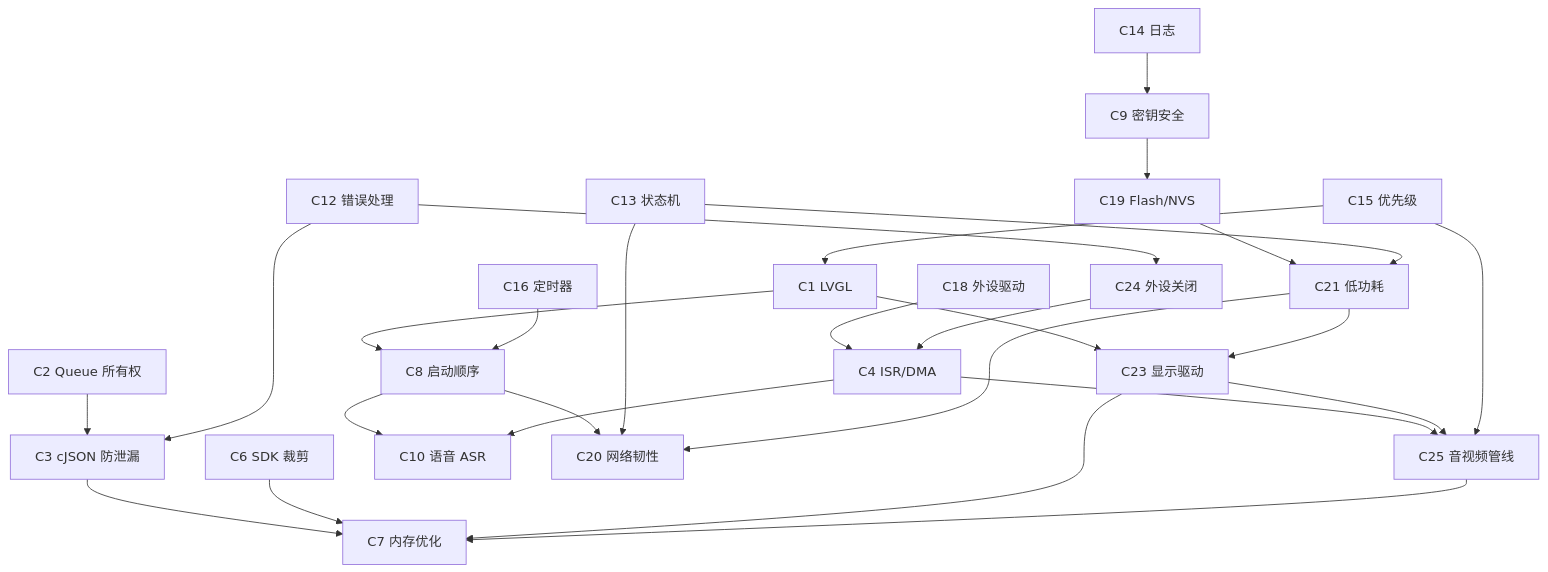
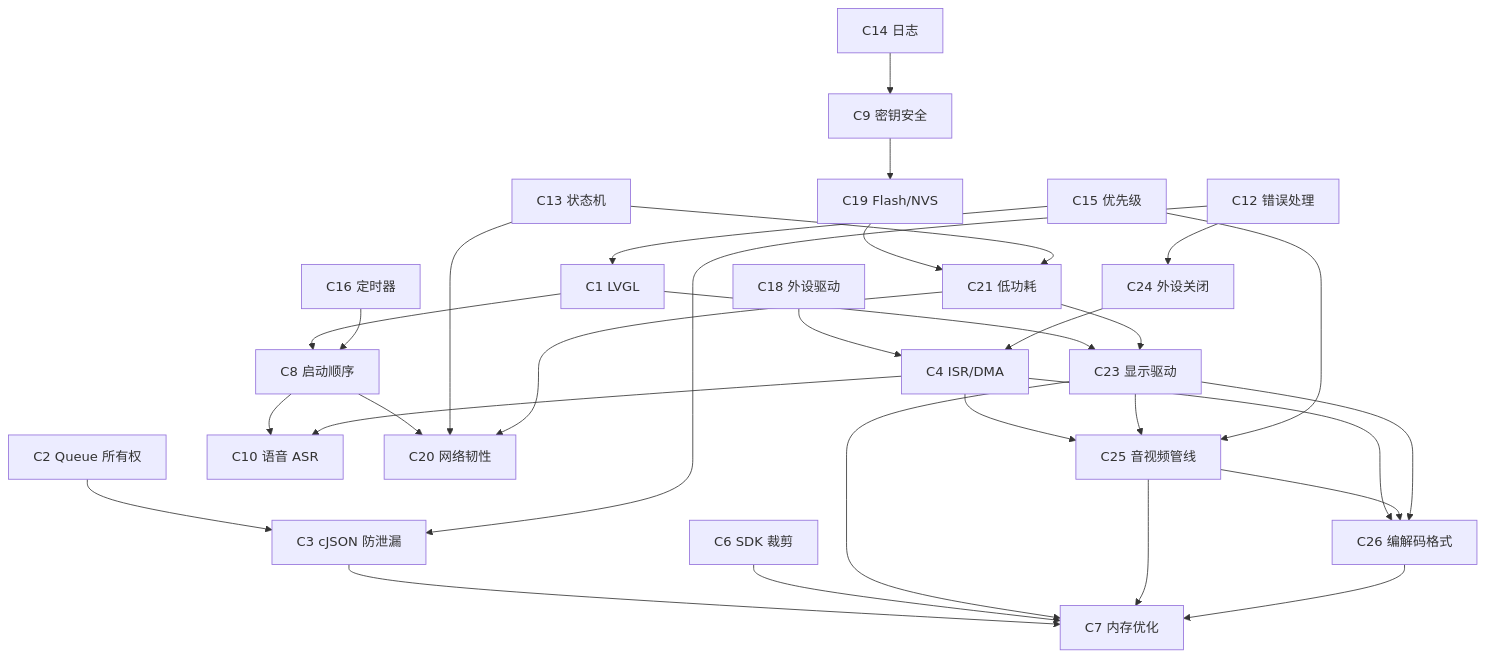
One commit to xuyalunyy-lgtm/rtos_lvgl_skill changed the diagram in freertos-skill-lite/references/constraint_graph.md. Above: the diagram before and after it, drawn with Mermaid. The commit also changed other lines of this file and 39 other files, not shown here.

````diff
--- a/freertos-skill-lite/references/constraint_graph.md
+++ b/freertos-skill-lite/references/constraint_graph.md
@@ -11,29 +11,33 @@
 ```mermaid
 graph TD
     C2[ C2 Queue 所有权] --> C3[ C3 cJSON 防泄漏]
     C3 --> C7[ C7 内存优化]
     C6[ C6 SDK 裁剪] --> C7
     C8[ C8 启动顺序] --> C10[ C10 语音 ASR]
     C4[ C4 ISR/DMA] --> C10
     C9[ C9 密钥安全] --> C19[ C19 Flash/NVS]
     C8 --> C20[ C20 网络韧性]
     C1[ C1 LVGL 线程安全] --> C8
     C18[ C18 外设驱动] --> C4
     C15[ C15 优先级] --> C1[ C1 LVGL]
     C16[ C16 定时器] --> C8
     C12[ C12 错误处理] --> C3
     C13[ C13 状态机] --> C20
     C14[ C14 日志] --> C9
     C19[ C19 Flash/NVS] --> C21[ C21 低功耗]
     C21 --> C20
     C13 --> C21
     C1 --> C23[ C23 显示驱动]
     C23 --> C7
     C21 --> C23
     C12[ C12 错误处理] --> C24[ C24 外设关闭]
     C24 --> C4
     C4 --> C25[ C25 音视频管线]
     C23 --> C25
     C15 --> C25
     C25 --> C7
+    C4 --> C26[ C26 编解码格式]
+    C25 --> C26
+    C23 --> C26
+    C26 --> C7
 ```
````
